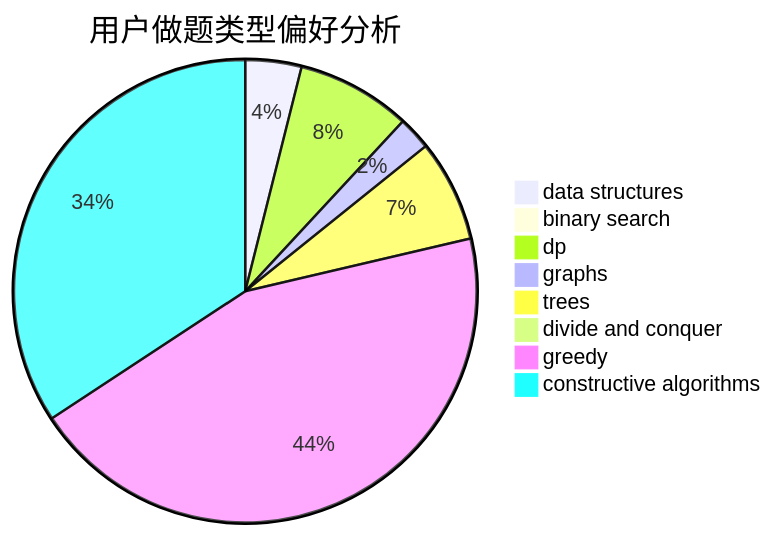
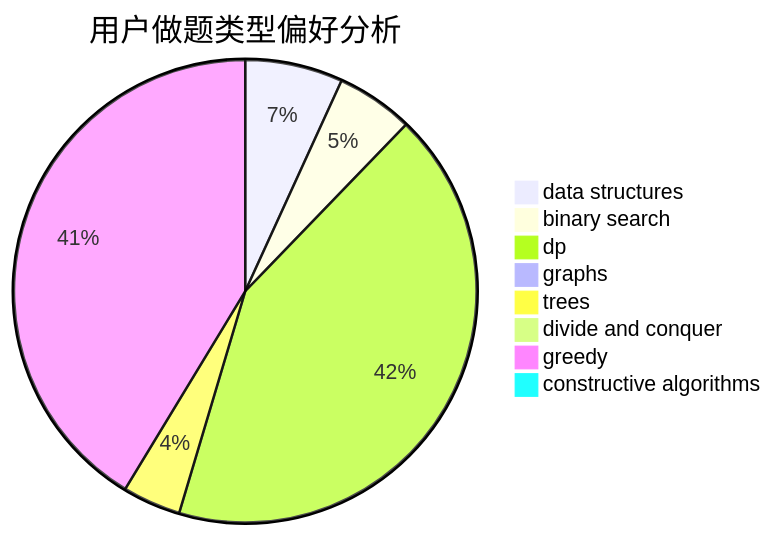
The second of 3 diagrams in docs/user/u677.md (sherpahu/cfrs.github.io), drawn with Mermaid before and after one commit. The commit also changed other lines of this file and 2770 other files, not shown here.

````diff
--- a/docs/user/u677.md
+++ b/docs/user/u677.md
@@ -23,11 +23,11 @@
 ```mermaid
 pie title 用户做题类型偏好分析
-    "data structures" :  27
-    "binary search" :  0
-    "dp" :  55
-    "graphs" :  16
-    "trees" :  49
+    "data structures" :  57
+    "binary search" :  45
+    "dp" :  354
+    "graphs" :  3
+    "trees" :  34
     "divide and conquer" :  0
-    "greedy" :  306
-    "constructive algorithms" :  236
+    "greedy" :  345
+    "constructive algorithms" :  6
 ```
````
